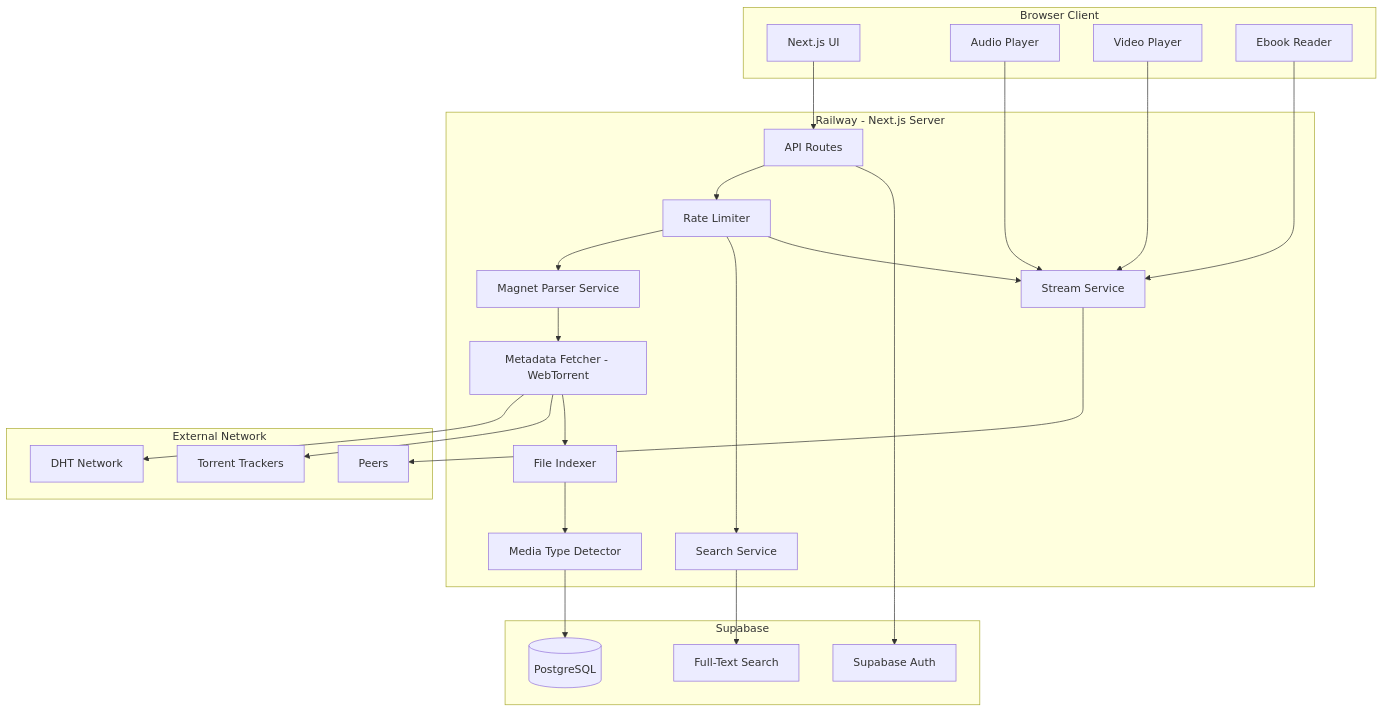
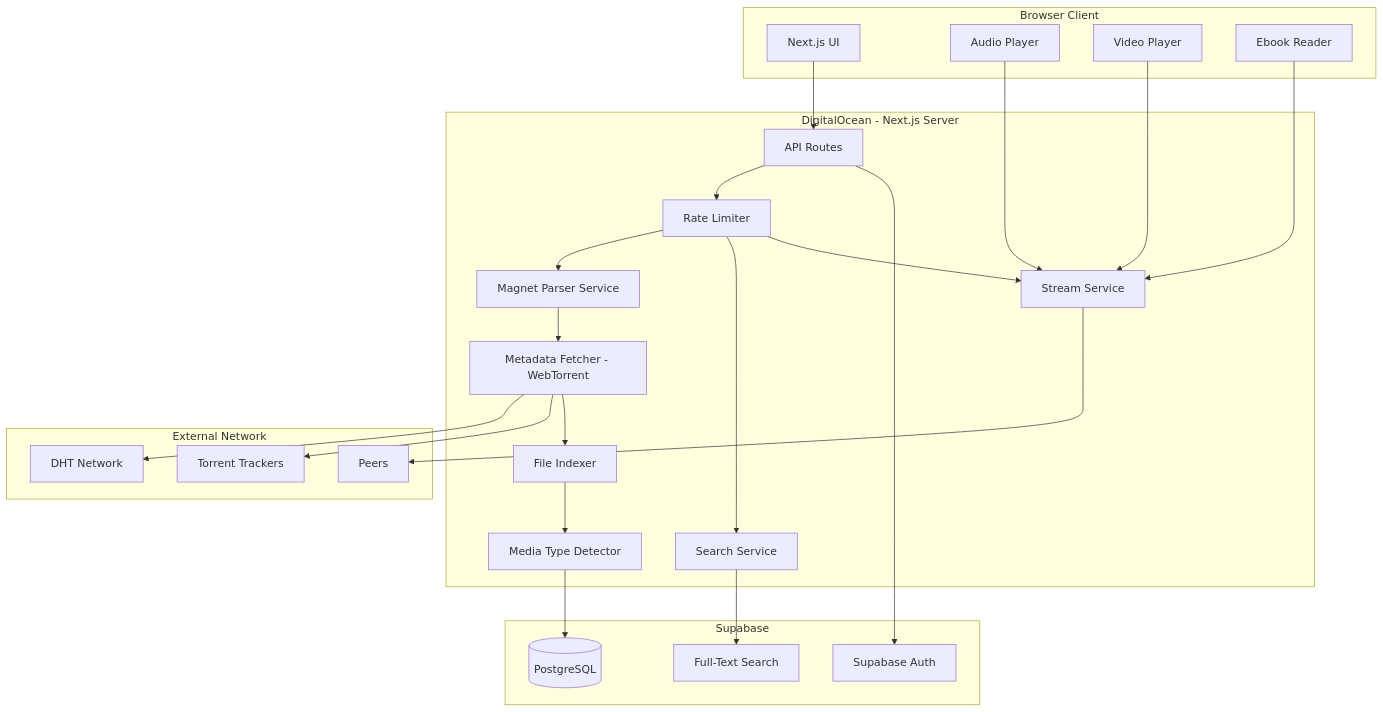
The first of 3 diagrams in plans/implementation-plan.md (profullstack/media-streamer), drawn with Mermaid before and after one commit. The commit also changed other lines of this file and 14 other files, not shown here.

Commit message:
feat: Migrate deployment from Railway to DigitalOcean App Platform and update related configurations

````diff
--- a/plans/implementation-plan.md
+++ b/plans/implementation-plan.md
@@ -31,50 +31,50 @@
 ```mermaid
 flowchart TB
     subgraph Client [Browser Client]
         UI[Next.js UI]
         AudioPlayer[Audio Player]
         VideoPlayer[Video Player]
         EbookReader[Ebook Reader]
     end
 
-    subgraph Server [Railway - Next.js Server]
+    subgraph Server [DigitalOcean - Next.js Server]
         API[API Routes]
         MagnetService[Magnet Parser Service]
         MetadataService[Metadata Fetcher - WebTorrent]
         IndexService[File Indexer]
         SearchService[Search Service]
         StreamService[Stream Service]
         RateLimiter[Rate Limiter]
         MediaDetector[Media Type Detector]
     end
 
     subgraph Database [Supabase]
         PG[(PostgreSQL)]
         FTS[Full-Text Search]
         Auth[Supabase Auth]
     end
 
     subgraph External [External Network]
         DHT[DHT Network]
         Trackers[Torrent Trackers]
         Peers[Peers]
     end
 
     UI --> API
     AudioPlayer --> StreamService
     VideoPlayer --> StreamService
     EbookReader --> StreamService
     API --> RateLimiter
     RateLimiter --> MagnetService
     RateLimiter --> SearchService
     RateLimiter --> StreamService
     MagnetService --> MetadataService
     MetadataService --> DHT
     MetadataService --> Trackers
     MetadataService --> IndexService
     IndexService --> MediaDetector
     MediaDetector --> PG
     SearchService --> FTS
     StreamService --> Peers
     API --> Auth
 ```
````
